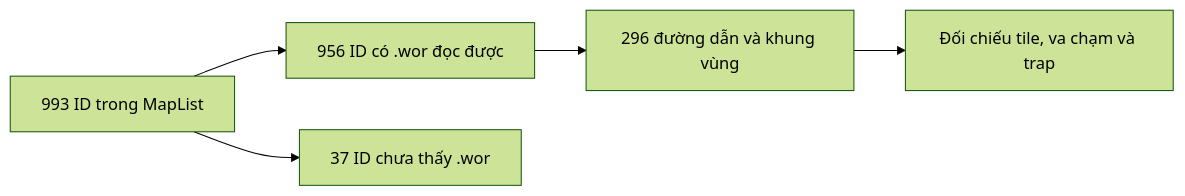
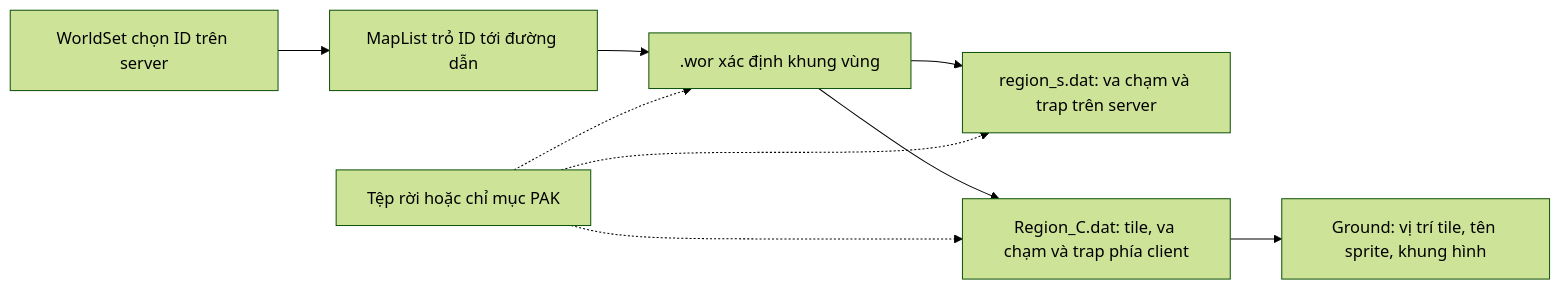
Before and after one commit to ndtangoss-dev/jx1-reports: the diagram in JX1_OPS/REPORTS/K-02-ban-do.md, drawn with Mermaid (forest theme). The commit also changed other lines of this file and 1 other file, not shown here.

````diff
--- a/JX1_OPS/REPORTS/K-02-ban-do.md
+++ b/JX1_OPS/REPORTS/K-02-ban-do.md
@@ -11,7 +17,11 @@
 ```mermaid
 flowchart LR
-    A["993 ID trong MapList"] --> B["956 ID có .wor đọc được"]
-    A --> C["37 ID chưa thấy .wor"]
-    B --> D["296 đường dẫn và khung vùng"]
-    D --> E["Đối chiếu tile, va chạm và trap"]
+    W["WorldSet chọn ID trên server"] --> M["MapList trỏ ID tới đường dẫn"]
+    M --> D[".wor xác định khung vùng"]
+    D --> S["region_s.dat: va chạm và trap trên server"]
+    D --> C["Region_C.dat: tile, va chạm và trap phía client"]
+    P["Tệp rời hoặc chỉ mục PAK"] -.-> D
+    P -.-> S
+    P -.-> C
+    C --> R["Ground: vị trí tile, tên sprite, khung hình"]
 ```
````
